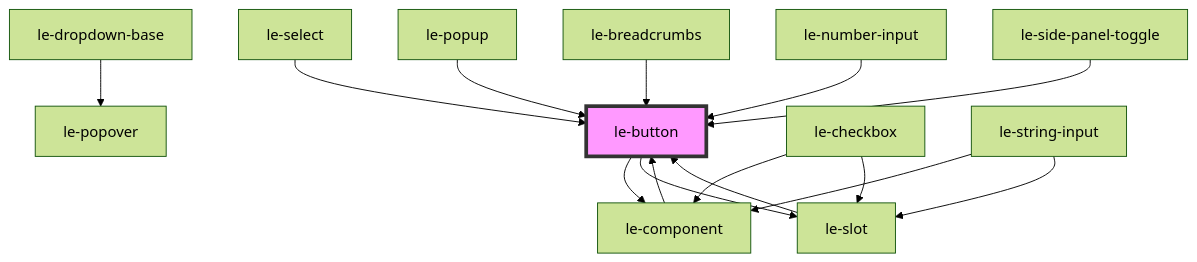
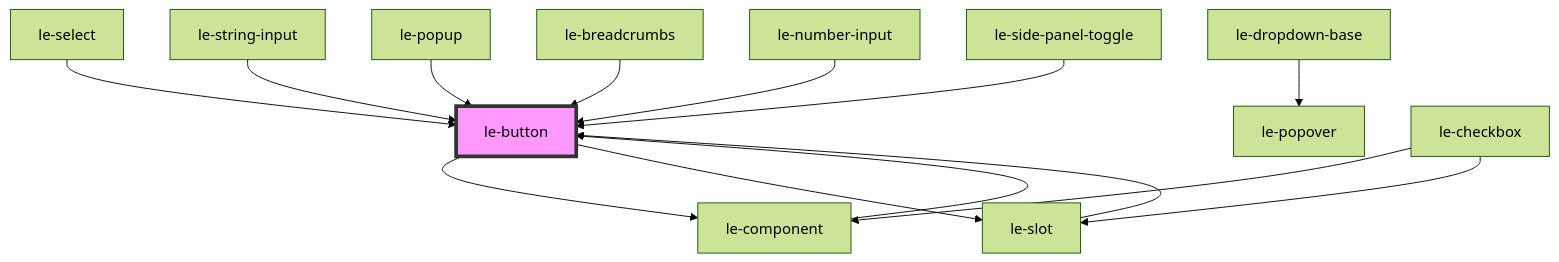
Before and after one commit to leechy/le-kit: the diagram in packages/core/src/components/le-button/readme.md, drawn with Mermaid (forest theme). The commit also changed other lines of this file and 34 other files, not shown here.

Commit message:
Update <le-string-input> to use our Named Slot Observer, to handle props/slots values... and fixed a bit how the components are using the observer

````diff
--- a/packages/core/src/components/le-button/readme.md
+++ b/packages/core/src/components/le-button/readme.md
@@ -146,18 +147,17 @@
 ```mermaid
 graph TD;
   le-button --> le-component
   le-button --> le-slot
   le-component --> le-button
   le-select --> le-button
   le-dropdown-base --> le-popover
   le-checkbox --> le-component
   le-checkbox --> le-slot
   le-slot --> le-button
-  le-string-input --> le-component
-  le-string-input --> le-slot
+  le-string-input --> le-button
   le-popup --> le-button
   le-breadcrumbs --> le-button
   le-number-input --> le-button
   le-side-panel-toggle --> le-button
   style le-button fill:#f9f,stroke:#333,stroke-width:4px
 ```
````
